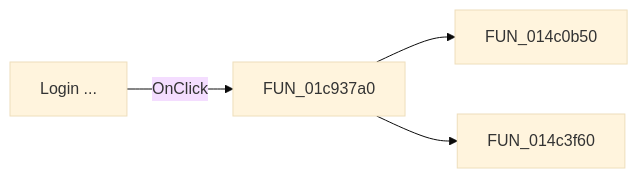
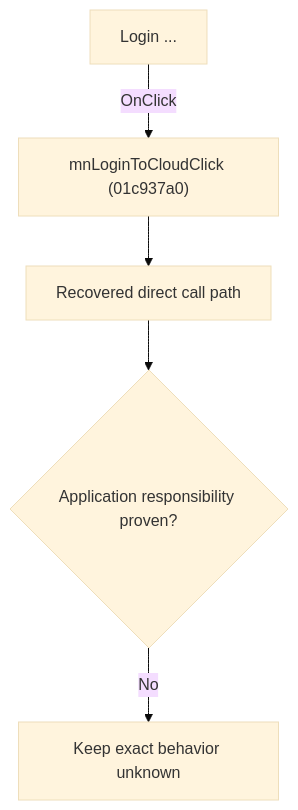
Before and after one commit to MovGP0/TIARA: the diagram in docs/ui-controls/schematiceditor/mnlogintocloud-69591d2f03.md, drawn with Mermaid (base theme). The commit also changed other lines of this file and 1062 other files, not shown here.

````diff
--- a/docs/ui-controls/schematiceditor/mnlogintocloud-69591d2f03.md
+++ b/docs/ui-controls/schematiceditor/mnlogintocloud-69591d2f03.md
@@ -27,6 +27,7 @@
 ```mermaid
-flowchart LR
-    control["Login ..."] -->|OnClick| handler["FUN_01c937a0"]
-    handler --> call1["FUN_014c0b50"]
-    handler --> call2["FUN_014c3f60"]
+flowchart TD
+    control["Login ..."] -->|"OnClick"| handler["mnLoginToCloudClick (01c937a0)"]
+    handler --> recovered["Recovered direct call path"]
+    recovered --> gap{"Application responsibility proven?"}
+    gap -->|"No"| blocked["Keep exact behavior unknown"]
 ```
````
